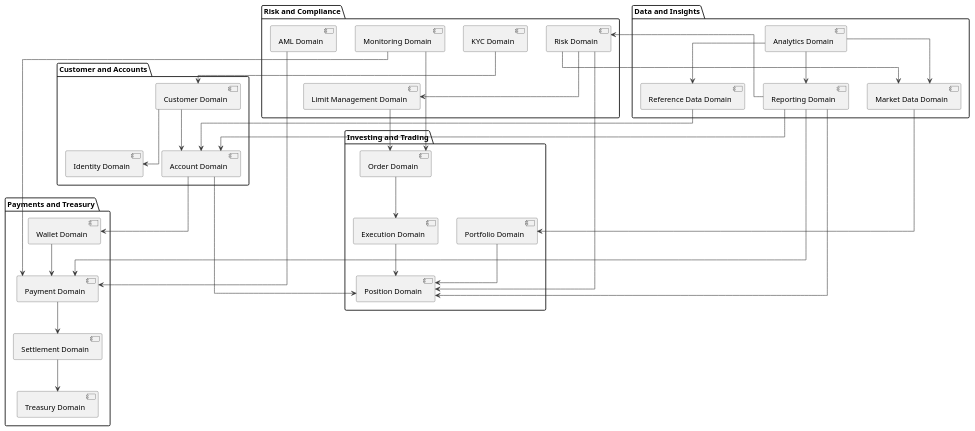
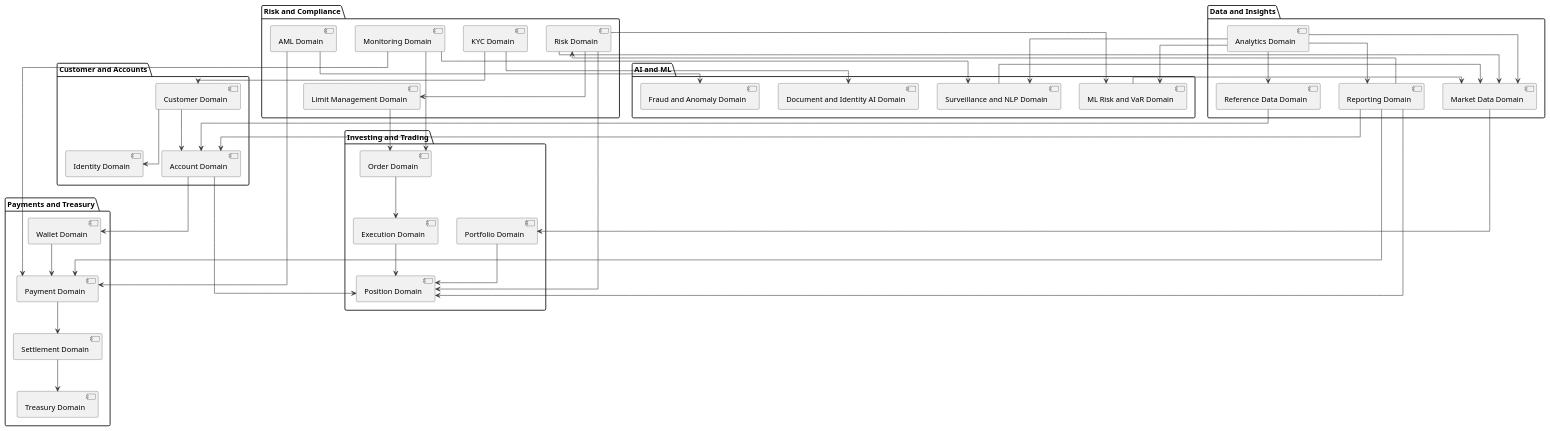
One commit to felixzhu97/finpulse changed the diagram in docs/domain/finance-system-domains.puml. Above: the diagram before and after it, drawn with PlantUML. The commit also changed 18 other files, not shown here.

```diff
--- a/docs/domain/finance-system-domains.puml
+++ b/docs/domain/finance-system-domains.puml
@@ -1,79 +1,95 @@
 @startuml
 skinparam linetype ortho
 
 skinparam component {
   BorderColor #333333
   ArrowColor #333333
 }
 
 package "Customer and Accounts" {
   component "Customer Domain" as CustomerDomain
   component "Identity Domain" as IdentityDomain
   component "Account Domain" as AccountDomain
 }
 
 package "Investing and Trading" {
   component "Portfolio Domain" as PortfolioDomain
   component "Order Domain" as OrderDomain
   component "Execution Domain" as ExecutionDomain
   component "Position Domain" as PositionDomain
 }
 
 package "Payments and Treasury" {
   component "Wallet Domain" as WalletDomain
   component "Payment Domain" as PaymentDomain
   component "Settlement Domain" as SettlementDomain
   component "Treasury Domain" as TreasuryDomain
 }
 
 package "Risk and Compliance" {
   component "Risk Domain" as RiskDomain
   component "Limit Management Domain" as LimitDomain
   component "KYC Domain" as KycDomain
   component "AML Domain" as AmlDomain
   component "Monitoring Domain" as MonitoringDomain
 }
 
 package "Data and Insights" {
   component "Market Data Domain" as MarketDataDomain
   component "Reference Data Domain" as ReferenceDataDomain
   component "Reporting Domain" as ReportingDomain
   component "Analytics Domain" as AnalyticsDomain
 }
 
+package "AI and ML" {
+  component "ML Risk and VaR Domain" as MlRiskDomain
+  component "Document and Identity AI Domain" as DocumentAIDomain
+  component "Fraud and Anomaly Domain" as FraudAIDomain
+  component "Surveillance and NLP Domain" as SurveillanceNlpDomain
+}
+
 CustomerDomain --> IdentityDomain
 CustomerDomain --> AccountDomain
 AccountDomain --> PositionDomain
 AccountDomain --> WalletDomain
 
 PortfolioDomain --> PositionDomain
 OrderDomain --> ExecutionDomain
 ExecutionDomain --> PositionDomain
 
 WalletDomain --> PaymentDomain
 PaymentDomain --> SettlementDomain
 SettlementDomain --> TreasuryDomain
 
 RiskDomain --> LimitDomain
 RiskDomain --> PositionDomain
 RiskDomain --> MarketDataDomain
 LimitDomain --> OrderDomain
 
 KycDomain --> CustomerDomain
 AmlDomain --> PaymentDomain
 MonitoringDomain --> OrderDomain
 MonitoringDomain --> PaymentDomain
 
 ReportingDomain --> AccountDomain
 ReportingDomain --> PositionDomain
 ReportingDomain --> PaymentDomain
 ReportingDomain --> RiskDomain
 
 AnalyticsDomain --> MarketDataDomain
 AnalyticsDomain --> ReferenceDataDomain
 AnalyticsDomain --> ReportingDomain
 
+RiskDomain --> MlRiskDomain
+KycDomain --> DocumentAIDomain
+AmlDomain --> FraudAIDomain
+MonitoringDomain --> SurveillanceNlpDomain
+AnalyticsDomain --> MlRiskDomain
+AnalyticsDomain --> SurveillanceNlpDomain
+MlRiskDomain --> MarketDataDomain
+SurveillanceNlpDomain --> MarketDataDomain
+
 MarketDataDomain --> PortfolioDomain
 ReferenceDataDomain --> AccountDomain
 
 @enduml
```
